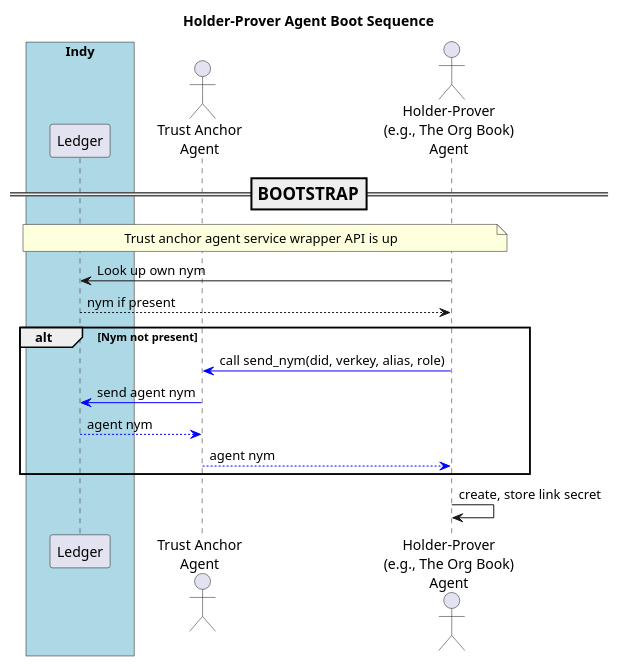
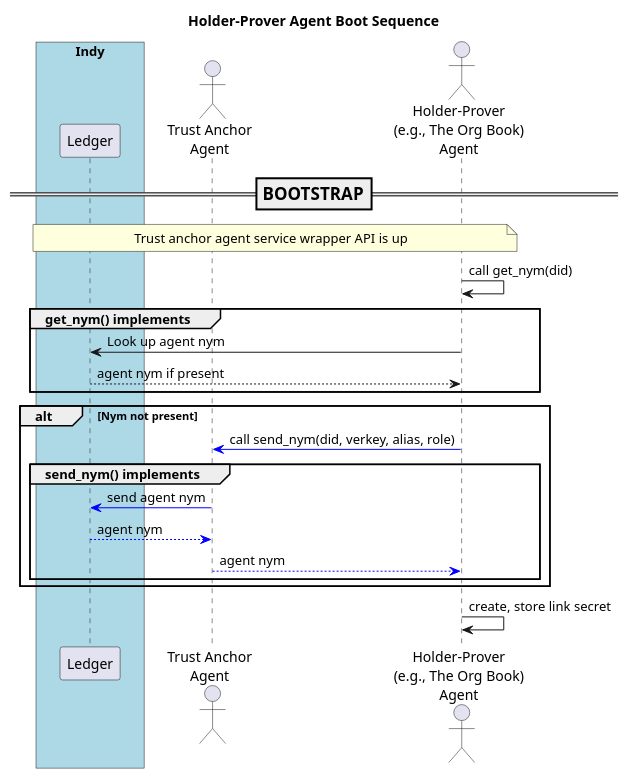
One commit to PSPC-SPAC-buyandsell/von_base changed the diagram in doc/pic/src/boot.holderprover.puml. Above: the diagram before and after it, drawn with PlantUML. The commit also changed 25 other files, not shown here.

```diff
--- a/doc/pic/src/boot.holderprover.puml
+++ b/doc/pic/src/boot.holderprover.puml
@@ -1,45 +1,51 @@
 @startuml
 /'
 Copyright 2017-2018 Government of Canada - Public Services and Procurement Canada - buyandsell.gc.ca
 
 Licensed under the Apache License, Version 2.0 (the "License");
 you may not use this file except in compliance with the License.
 You may obtain a copy of the License at
 
 http://www.apache.org/licenses/LICENSE-2.0
 
 Unless required by applicable law or agreed to in writing, software
 distributed under the License is distributed on an "AS IS" BASIS,
 WITHOUT WARRANTIES OR CONDITIONS OF ANY KIND, either express or implied.
 See the License for the specific language governing permissions and
 limitations under the License.
 '/
 
 skinparam ParticipantPadding 20
 skinparam BaloxPadding 20
 
 title Holder-Prover Agent Boot Sequence
 
 box "Indy" #LightBlue
     participant "Ledger" as ledger
 endbox
 actor "Trust Anchor\nAgent" as tag
 actor "Holder-Prover\n(e.g., The Org Book)\nAgent" as obag
 
 === BOOTSTRAP ==
 note over ledger, obag
 Trust anchor agent service wrapper API is up
 endnote
 
-obag -> ledger: Look up own nym
-ledger --> obag: nym if present
+obag -> obag: call get_nym(did)
+group get_nym() implements
+    obag -> ledger: Look up agent nym
+    ledger --> obag: agent nym if present
+end
+
 alt Nym not present
     obag -[#blue]> tag: call send_nym(did, verkey, alias, role)
-    tag -[#blue]> ledger: send agent nym
-    ledger --[#blue]> tag: agent nym
-    tag --[#blue]> obag: agent nym
+    group send_nym() implements
+        tag -[#blue]> ledger: send agent nym
+        ledger --[#blue]> tag: agent nym
+        tag --[#blue]> obag: agent nym
+    end
 end
 
 obag -> obag: create, store link secret
 
 @enduml
```
